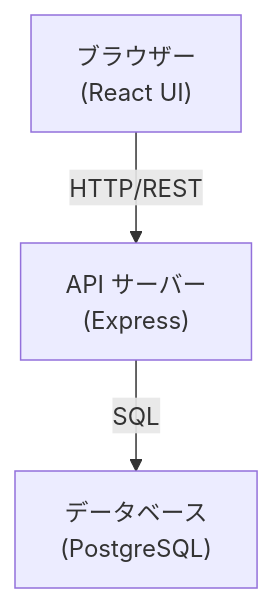
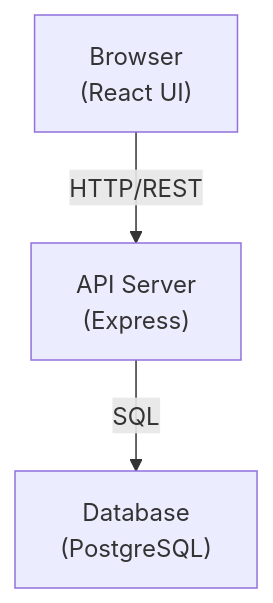
The first of 2 diagrams in examples/specs/architecture/overview.mdx (rabitarochan/specifian), drawn with Mermaid before and after one commit. The commit also changed other lines of this file and 18 other files, not shown here.

````diff
--- a/examples/specs/architecture/overview.mdx
+++ b/examples/specs/architecture/overview.mdx
@@ -12,9 +12,9 @@
 ```mermaid
 graph TD
-    A["ブラウザー<br/>(React UI)"]
-    B["API サーバー<br/>(Express)"]
-    C["データベース<br/>(PostgreSQL)"]
+    A["Browser<br/>(React UI)"]
+    B["API Server<br/>(Express)"]
+    C["Database<br/>(PostgreSQL)"]
     
     A -->|HTTP/REST| B
     B -->|SQL| C
 ```
````
